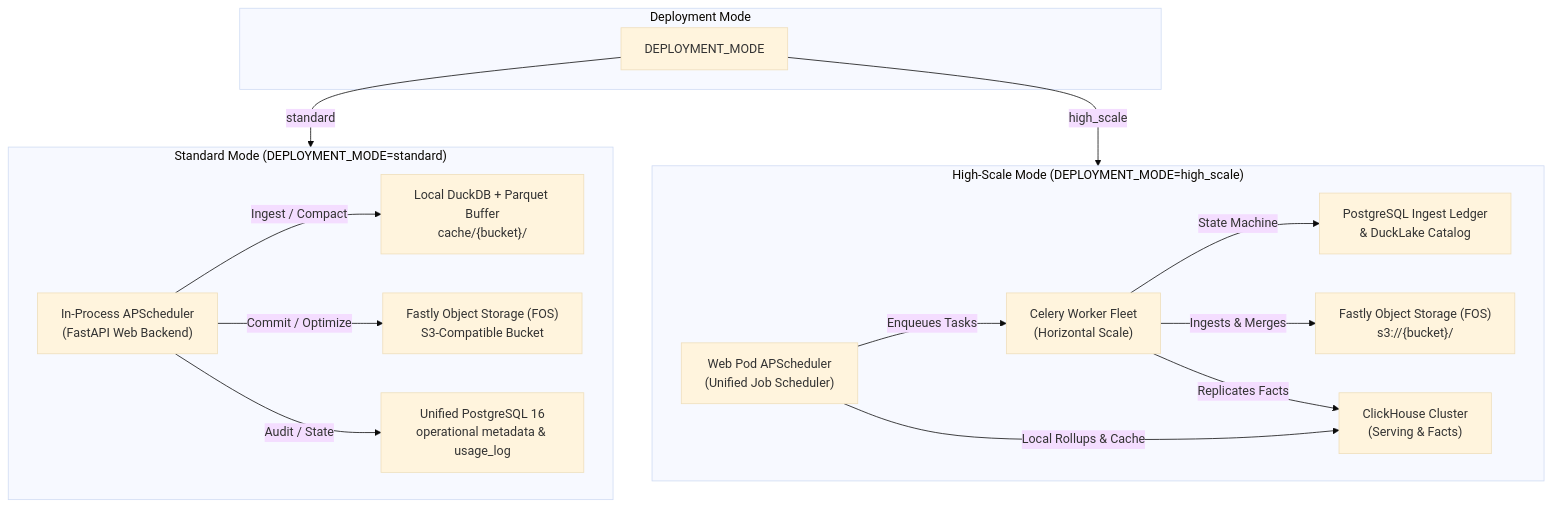
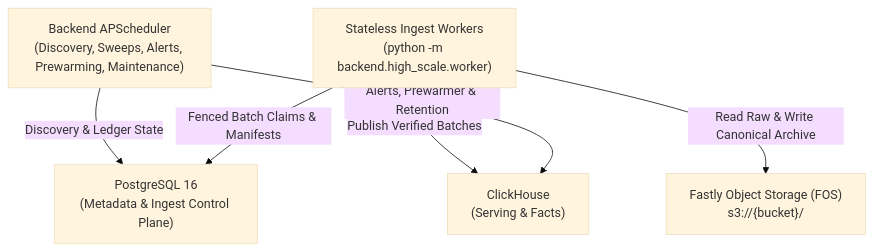
The diagram in docs/cron/README.md (fastly/fastly-log-analytics), drawn with Mermaid (base theme) before and after one commit. The commit also changed other lines of this file and 396 other files, not shown here.

Commit message:
feat!: unify architecture on ClickHouse and remove Standard DuckDB mode

````diff
--- a/docs/cron/README.md
+++ b/docs/cron/README.md
@@ -43,34 +41,14 @@
 ```mermaid
 flowchart TD
-    subgraph ModeSelection["Deployment Mode"]
-        Mode["DEPLOYMENT_MODE"]
-    end
+    WebAPScheduler["Backend APScheduler<br/>(Discovery, Sweeps, Alerts, Prewarming, Maintenance)"]
+    WorkerFleet["Stateless Ingest Workers<br/>(python -m backend.high_scale.worker)"]
+    PGLedger["PostgreSQL 16<br/>(Metadata & Ingest Control Plane)"]
+    CHCluster["ClickHouse<br/>(Serving & Facts)"]
+    FOSCloud["Fastly Object Storage (FOS)<br/>s3://{bucket}/"]
 
-    subgraph StandardMode["Standard Mode (DEPLOYMENT_MODE=standard)"]
-        APStd["In-Process APScheduler<br/>(FastAPI Web Backend)"]
-        DuckDBStd["Local DuckDB + Parquet Buffer<br/>cache/{bucket}/"]
-        FOSStd["Fastly Object Storage (FOS)<br/>S3-Compatible Bucket"]
-        PostgresStd["Unified PostgreSQL 16<br/>operational metadata & usage_log"]
-
-        APStd -->|Ingest / Compact| DuckDBStd
-        APStd -->|Commit / Optimize| FOSStd
-        APStd -->|Audit / State| PostgresStd
-    end
-
-    subgraph HighScaleMode["High-Scale Mode (DEPLOYMENT_MODE=high_scale)"]
-        CeleryFleet["Celery Worker Fleet<br/>(Horizontal Scale)"]
-        WebAPScheduler["Web Pod APScheduler<br/>(Unified Job Scheduler)"]
-        PGLedger["PostgreSQL Ingest Ledger<br/>& DuckLake Catalog"]
-        CHCluster["ClickHouse Cluster<br/>(Serving & Facts)"]
-        FOSCloud["Fastly Object Storage (FOS)<br/>s3://{bucket}/"]
-
-        WebAPScheduler -->|Enqueues Tasks| CeleryFleet
-        CeleryFleet -->|State Machine| PGLedger
-        CeleryFleet -->|Ingests & Merges| FOSCloud
-        CeleryFleet -->|Replicates Facts| CHCluster
-        WebAPScheduler -->|Local Rollups & Cache| CHCluster
-    end
-
-    Mode -->|standard| StandardMode
-    Mode -->|high_scale| HighScaleMode
+    WebAPScheduler -->|Discovery & Ledger State| PGLedger
+    WorkerFleet -->|Fenced Batch Claims & Manifests| PGLedger
+    WorkerFleet -->|Read Raw & Write Canonical Archive| FOSCloud
+    WorkerFleet -->|Publish Verified Batches| CHCluster
+    WebAPScheduler -->|Alerts, Prewarmer & Retention| CHCluster
 ```
````
